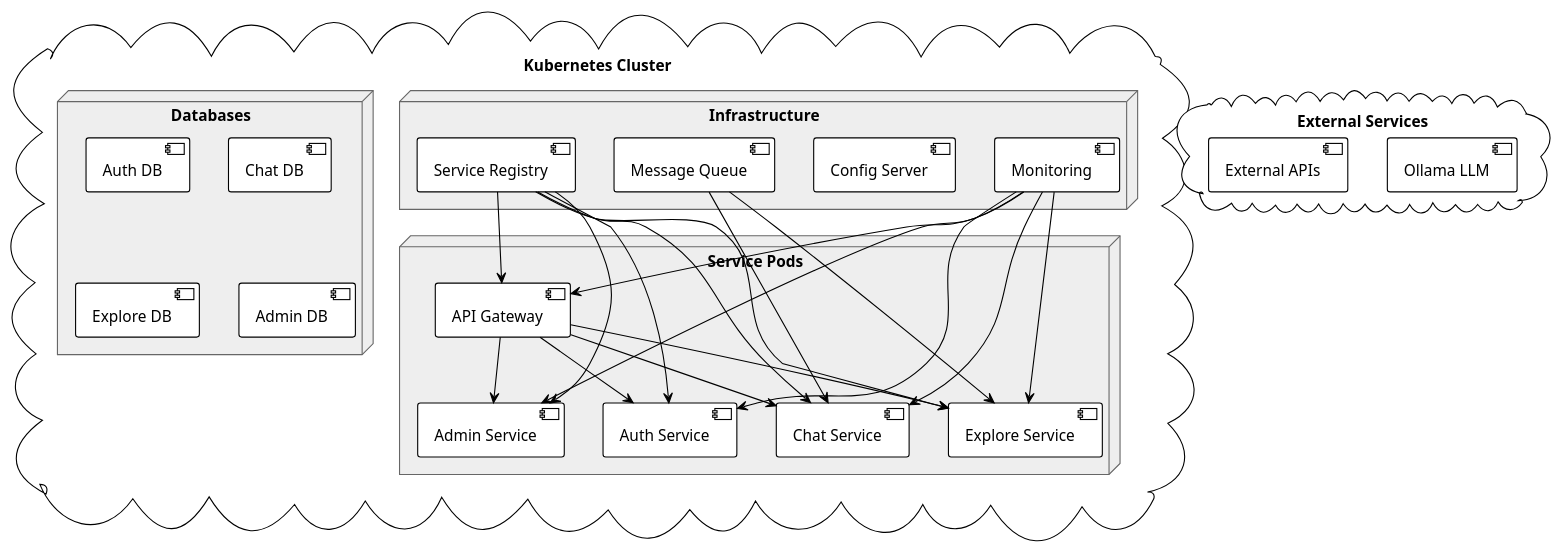
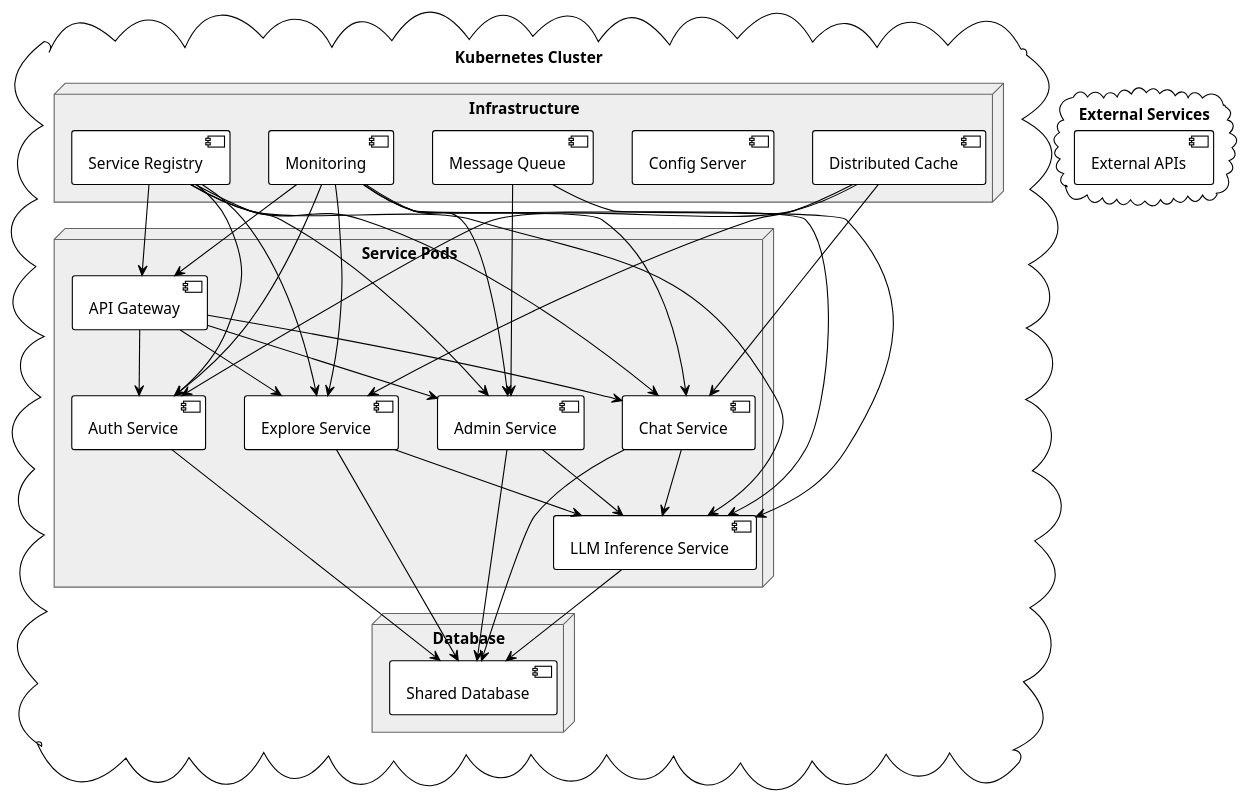
One commit to ollamaNet/OllamaNet-Architecture changed the diagram in Diagrams/DeploymentDiagram.puml. Above: the diagram before and after it, drawn with PlantUML. The commit also changed 8 other files, not shown here.

Commit message:
updated memory banck and diagrams

```diff
--- a/Diagrams/DeploymentDiagram.puml
+++ b/Diagrams/DeploymentDiagram.puml
@@ -1,57 +1,71 @@
 @startuml
 !theme plain
 skinparam node {
     BackgroundColor #EEEEEE
     BorderColor #666666
 }
 
 cloud "Kubernetes Cluster" {
     node "Service Pods" {
         [API Gateway] as gateway
         [Auth Service] as auth
         [Chat Service] as chat
         [Explore Service] as explore
         [Admin Service] as admin
+        [LLM Inference Service] as llm
     }
     
     node "Infrastructure" {
         [Service Registry] as registry
         [Config Server] as config
         [Message Queue] as mq
         [Monitoring] as monitor
+        [Distributed Cache] as cache
     }
     
-    node "Databases" {
-        [Auth DB] as authdb
-        [Chat DB] as chatdb
-        [Explore DB] as exploredb
-        [Admin DB] as admindb
+    node "Database" {
+        [Shared Database] as db
     }
 }
 
 cloud "External Services" {
-    [Ollama LLM] as ollama
     [External APIs] as external
 }
 
 gateway --> auth
 gateway --> chat
 gateway --> explore
 gateway --> admin
 
 registry --> gateway
 registry --> auth
 registry --> chat
 registry --> explore
 registry --> admin
+registry --> llm
 
-mq --> chat
-mq --> explore
+mq --> admin
+mq --> llm
 
 monitor --> gateway
 monitor --> auth
 monitor --> chat
 monitor --> explore
 monitor --> admin
+monitor --> llm
+
+cache --> chat
+cache --> explore
+cache --> auth
+
+chat --> llm
+explore --> llm
+admin --> llm
+
+auth --> db
+chat --> db
+explore --> db
+admin --> db
+llm --> db
 
 @enduml
```
